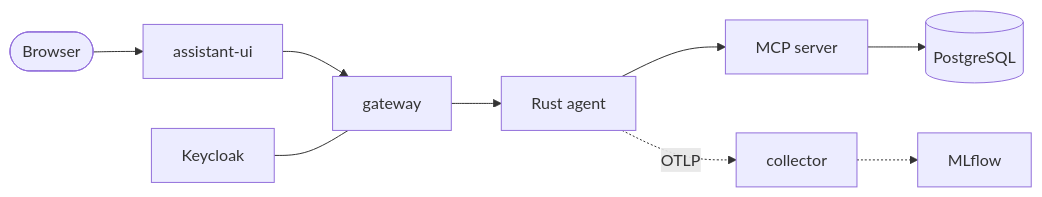
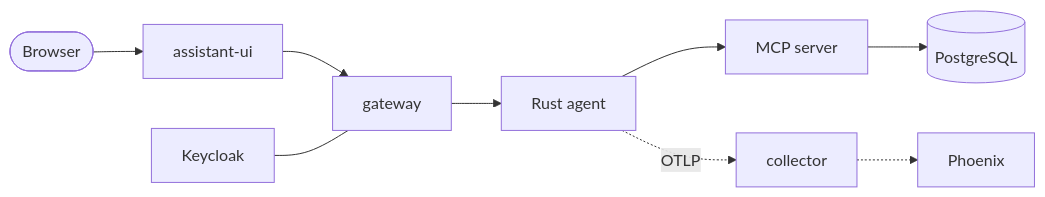
The diagram in docs/tutorials/01-run-the-agent.md (cognokratos/simple-agent-template), drawn with Mermaid before and after one commit. The commit also changed other lines of this file and 21 other files, not shown here.

````diff
--- a/docs/tutorials/01-run-the-agent.md
+++ b/docs/tutorials/01-run-the-agent.md
@@ -116,6 +118,6 @@
 ```mermaid
 flowchart LR
     B([Browser]) --> UI[assistant-ui] --> GW[gateway] --> AG[Rust agent] --> MCP[MCP server] --> DB[(PostgreSQL)]
     KC[Keycloak] --- GW
-    AG -. OTLP .-> OT[collector] -.-> ML[MLflow]
+    AG -. OTLP .-> OT[collector] -.-> PH[Phoenix]
 ```
````
